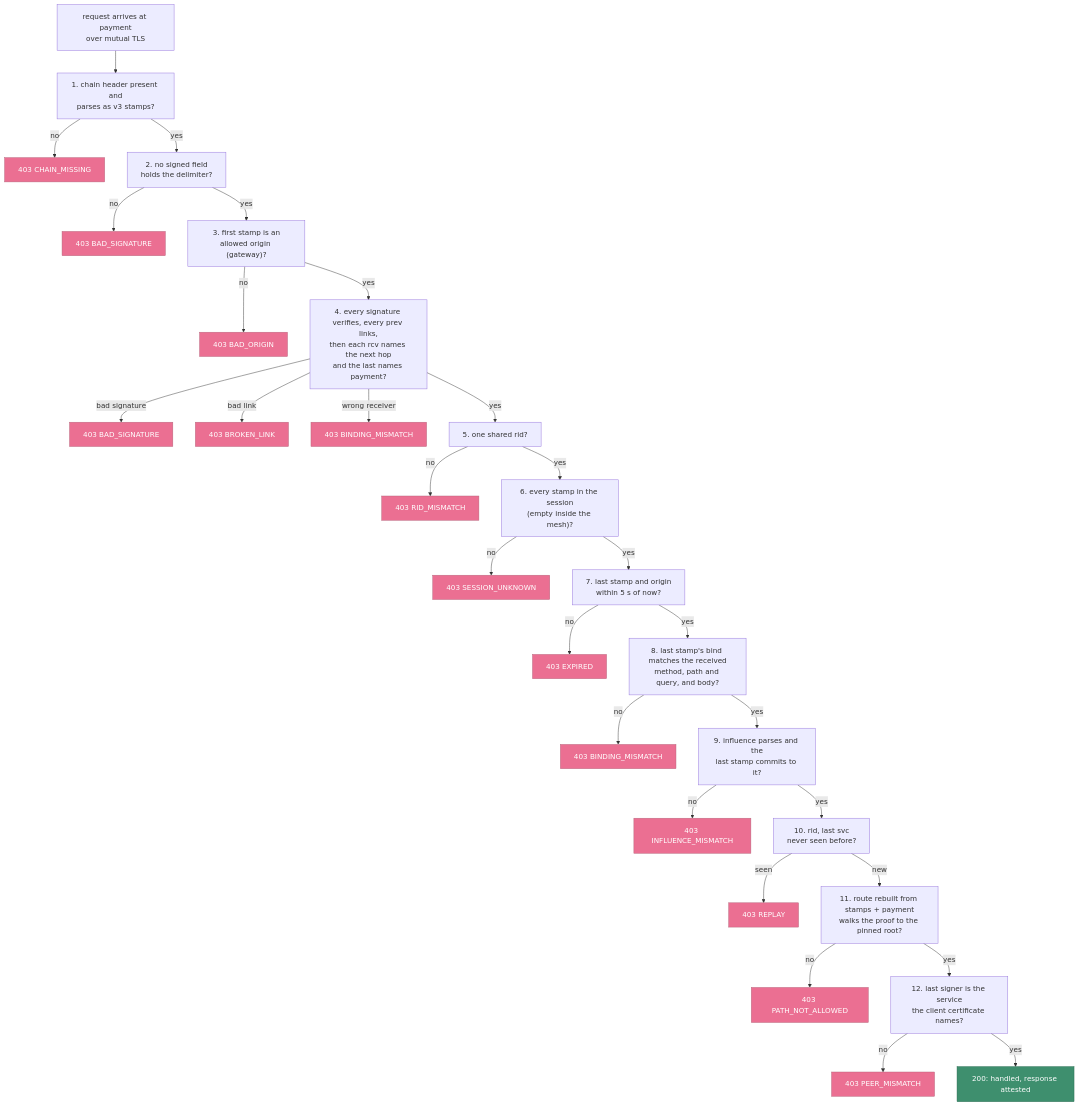
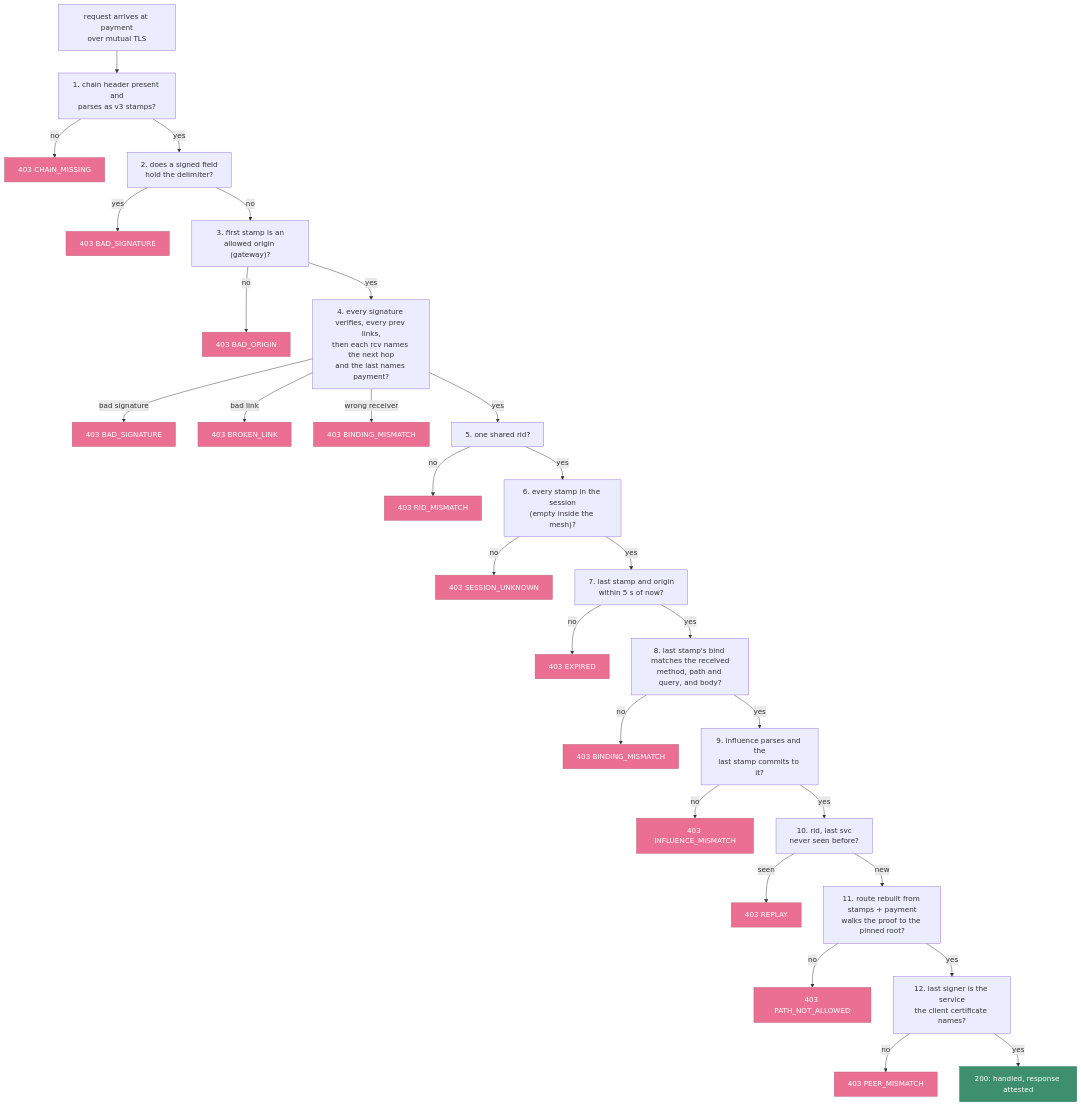
The fourth of 6 diagrams in poc-demos/java-mesh/README.md (dumbsly/paztport), drawn with Mermaid before and after one commit. The commit also changed other lines of this file and 7 other files, not shown here.

````diff
--- a/poc-demos/java-mesh/README.md
+++ b/poc-demos/java-mesh/README.md
@@ -164,35 +168,35 @@
 ```mermaid
 flowchart TD
     A["request arrives at payment<br/>over mutual TLS"] --> S1["1. chain header present and<br/>parses as v3 stamps?"]
     S1 -->|no| R1["403 CHAIN_MISSING"]
-    S1 -->|yes| S2["2. no signed field<br/>holds the delimiter?"]
-    S2 -->|no| R2["403 BAD_SIGNATURE"]
-    S2 -->|yes| S3["3. first stamp is an<br/>allowed origin (gateway)?"]
+    S1 -->|yes| S2["2. does a signed field<br/>hold the delimiter?"]
+    S2 -->|yes| R2["403 BAD_SIGNATURE"]
+    S2 -->|no| S3["3. first stamp is an<br/>allowed origin (gateway)?"]
     S3 -->|no| R3["403 BAD_ORIGIN"]
     S3 -->|yes| S4["4. every signature verifies, every prev links,<br/>then each rcv names the next hop<br/>and the last names payment?"]
     S4 -->|bad signature| R4a["403 BAD_SIGNATURE"]
     S4 -->|bad link| R4b["403 BROKEN_LINK"]
     S4 -->|wrong receiver| R4c["403 BINDING_MISMATCH"]
     S4 -->|yes| S5["5. one shared rid?"]
     S5 -->|no| R5["403 RID_MISMATCH"]
     S5 -->|yes| S6["6. every stamp in the session<br/>(empty inside the mesh)?"]
     S6 -->|no| R6["403 SESSION_UNKNOWN"]
     S6 -->|yes| S7["7. last stamp and origin<br/>within 5 s of now?"]
     S7 -->|no| R7["403 EXPIRED"]
     S7 -->|yes| S8["8. last stamp's bind matches the received<br/>method, path and query, and body?"]
     S8 -->|no| R8["403 BINDING_MISMATCH"]
     S8 -->|yes| S9["9. influence parses and the<br/>last stamp commits to it?"]
     S9 -->|no| R9["403 INFLUENCE_MISMATCH"]
     S9 -->|yes| S10["10. rid, last svc<br/>never seen before?"]
     S10 -->|seen| R10["403 REPLAY"]
     S10 -->|new| S11["11. route rebuilt from stamps + payment<br/>walks the proof to the pinned root?"]
     S11 -->|no| R11["403 PATH_NOT_ALLOWED"]
     S11 -->|yes| S12["12. last signer is the service<br/>the client certificate names?"]
     S12 -->|no| R12["403 PEER_MISMATCH"]
     S12 -->|yes| OK["200: handled, response attested"]
 
     classDef reject fill:#eb6f92,stroke:#b4637a,color:#ffffff
     classDef pass fill:#3e8f6e,stroke:#2a6b52,color:#ffffff
     class R1,R2,R3,R4a,R4b,R4c,R5,R6,R7,R8,R9,R10,R11,R12 reject
     class OK pass
 ```
````
